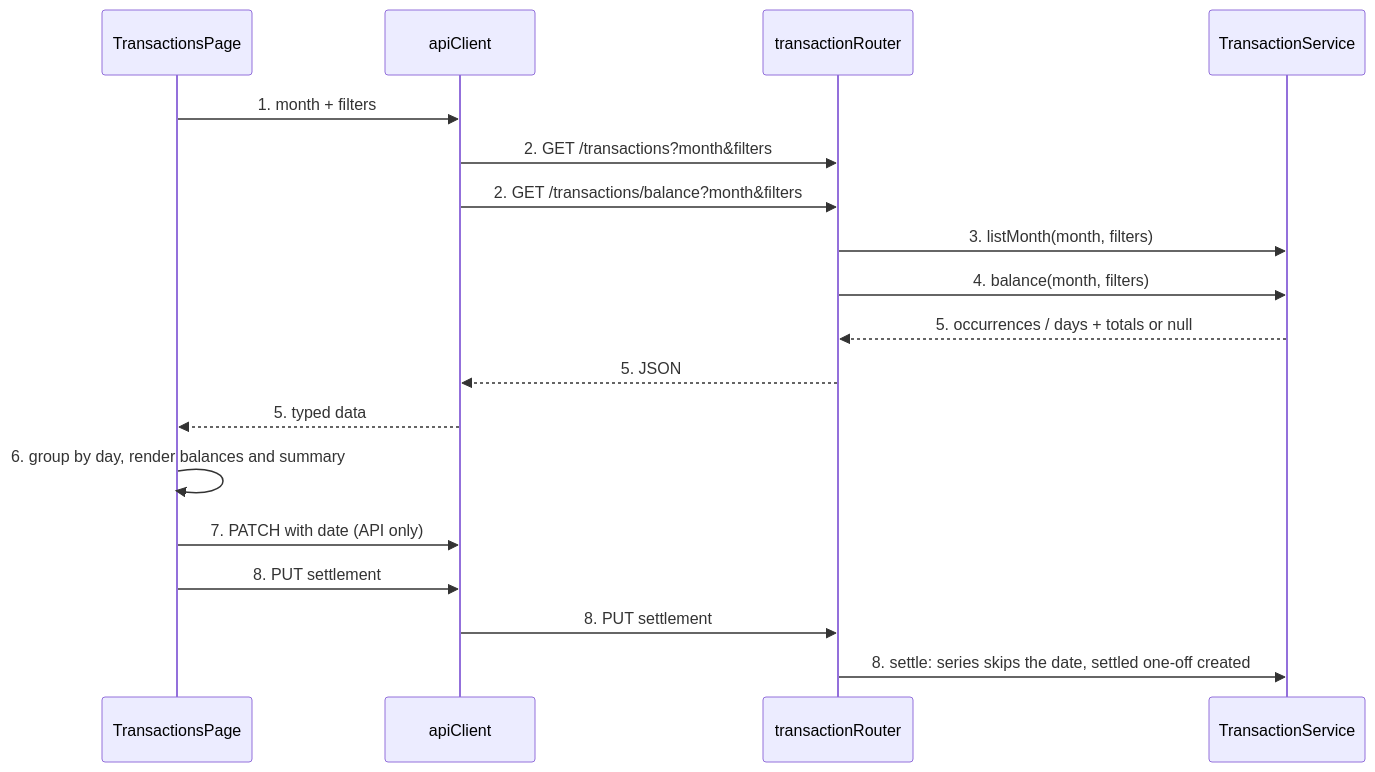
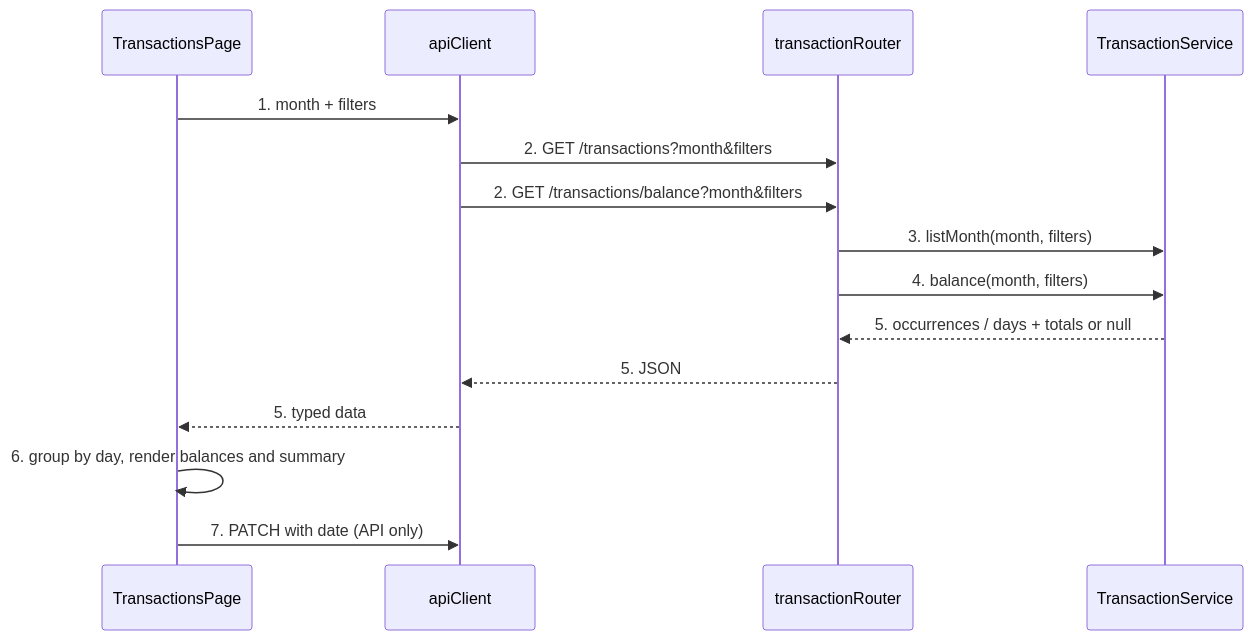
The first of 3 diagrams in .specs/features/monthly-balance/plan.md (tghcastro/capital-care-v2), drawn with Mermaid before and after one commit. The commit also changed other lines of this file and 1 other file, not shown here.

First line of the commit message:
docs(specs): defer the settle split to its own prd

````diff
--- a/.specs/features/monthly-balance/plan.md
+++ b/.specs/features/monthly-balance/plan.md
@@ -22,20 +21,17 @@
 ```mermaid
 sequenceDiagram
     participant P as TransactionsPage
     participant C as apiClient
     participant R as transactionRouter
     participant S as TransactionService
     P->>C: 1. month + filters
     C->>R: 2. GET /transactions?month&filters
     C->>R: 2. GET /transactions/balance?month&filters
     R->>S: 3. listMonth(month, filters)
     R->>S: 4. balance(month, filters)
     S-->>R: 5. occurrences / days + totals or null
     R-->>C: 5. JSON
     C-->>P: 5. typed data
     P->>P: 6. group by day, render balances and summary
     P->>C: 7. PATCH with date (API only)
-    P->>C: 8. PUT settlement
-    C->>R: 8. PUT settlement
-    R->>S: 8. settle: series skips the date, settled one-off created
 ```
````
